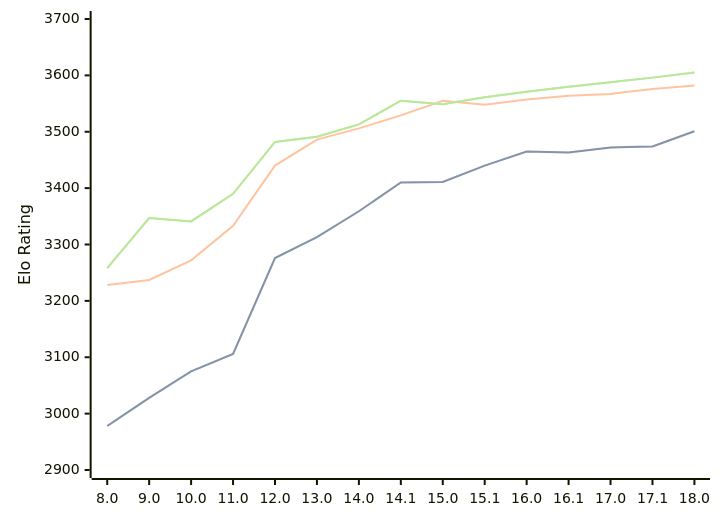
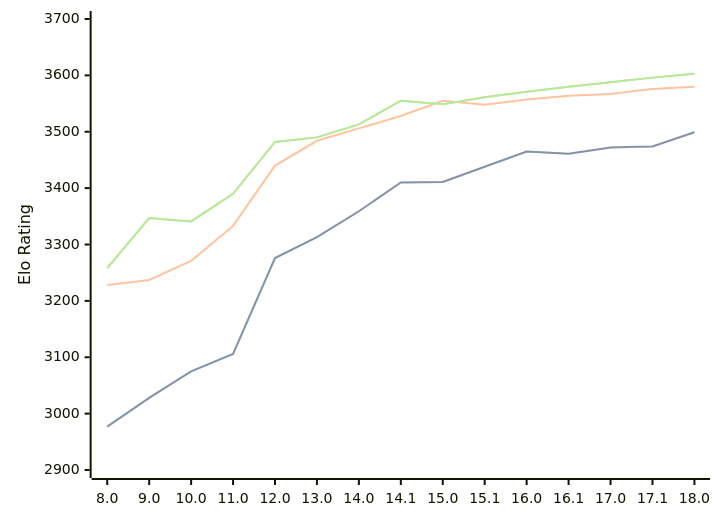
One commit to computer-chess-index/cci changed the diagram in engines/Stockfish.md. Above: the diagram before and after it, drawn with Mermaid. The commit also changed other lines of this file, not shown here.

Commit message:
Update CCI Ratings (ELO VLTC) - 2026-08-02

````diff
--- a/engines/Stockfish.md
+++ b/engines/Stockfish.md
@@ -46,11 +46,11 @@
 ```mermaid
 %%{init: {"theme":"base","themeVariables":{"seriesColors:['#a3a3a3','#222221','#faa371']}}}%%
 xychart-beta
   x-axis ["8.0", "9.0", "10.0", "11.0", "12.0", "13.0", "14.0", "14.1", "15.0", "15.1", "16.0", "16.1", "17.0", "17.1", "18.0"]
   y-axis "Elo Rating" 2900 --> 3700
-  line "STC (8.0+0.08s)" [2978, 3028, 3075, 3106, 3276, 3313, 3359, 3410, 3411, 3440, 3465, 3463, 3472, 3474, 3501]
-  line "STC (8.0+0.08s)" [2978, 3028, 3075, 3106, 3276, 3313, 3359, 3410, 3411, 3440, 3465, 3463, 3472, 3474, 3501]
-  line "LTC (60.0+0.60s)" [3228, 3237, 3272, 3333, 3440, 3486, 3506, 3529, 3555, 3548, 3557, 3564, 3567, 3576, 3582]
-  line "VLTC (2m24s+1.12s)" [3258, 3347, 3341, 3390, 3482, 3491, 3513, 3555, 3549, 3561, 3571, 3580, 3588, 3596, 3605]
-  line "VLTC (2m24s+1.12s)" [3258, 3347, 3341, 3390, 3482, 3491, 3513, 3555, 3549, 3561, 3571, 3580, 3588, 3596, 3605]
+  line "STC (8.0+0.08s)" [2977, 3028, 3075, 3106, 3276, 3313, 3359, 3410, 3411, 3438, 3465, 3461, 3472, 3474, 3499]
+  line "STC (8.0+0.08s)" [2977, 3028, 3075, 3106, 3276, 3313, 3359, 3410, 3411, 3438, 3465, 3461, 3472, 3474, 3499]
+  line "LTC (60.0+0.60s)" [3228, 3237, 3271, 3333, 3440, 3484, 3506, 3528, 3555, 3548, 3557, 3564, 3567, 3576, 3580]
+  line "VLTC (2m24s+1.12s)" [3258, 3347, 3341, 3390, 3482, 3490, 3513, 3555, 3549, 3561, 3571, 3580, 3588, 3596, 3603]
+  line "VLTC (2m24s+1.12s)" [3258, 3347, 3341, 3390, 3482, 3490, 3513, 3555, 3549, 3561, 3571, 3580, 3588, 3596, 3603]
 ```
````
